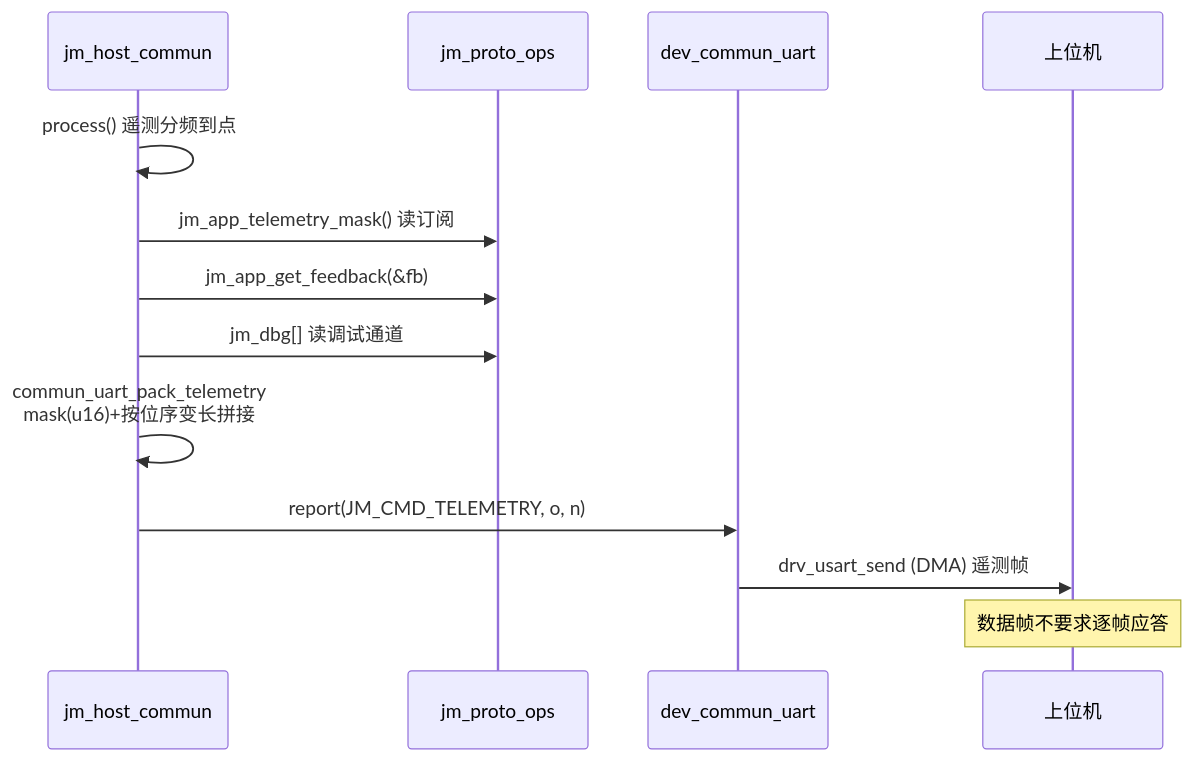
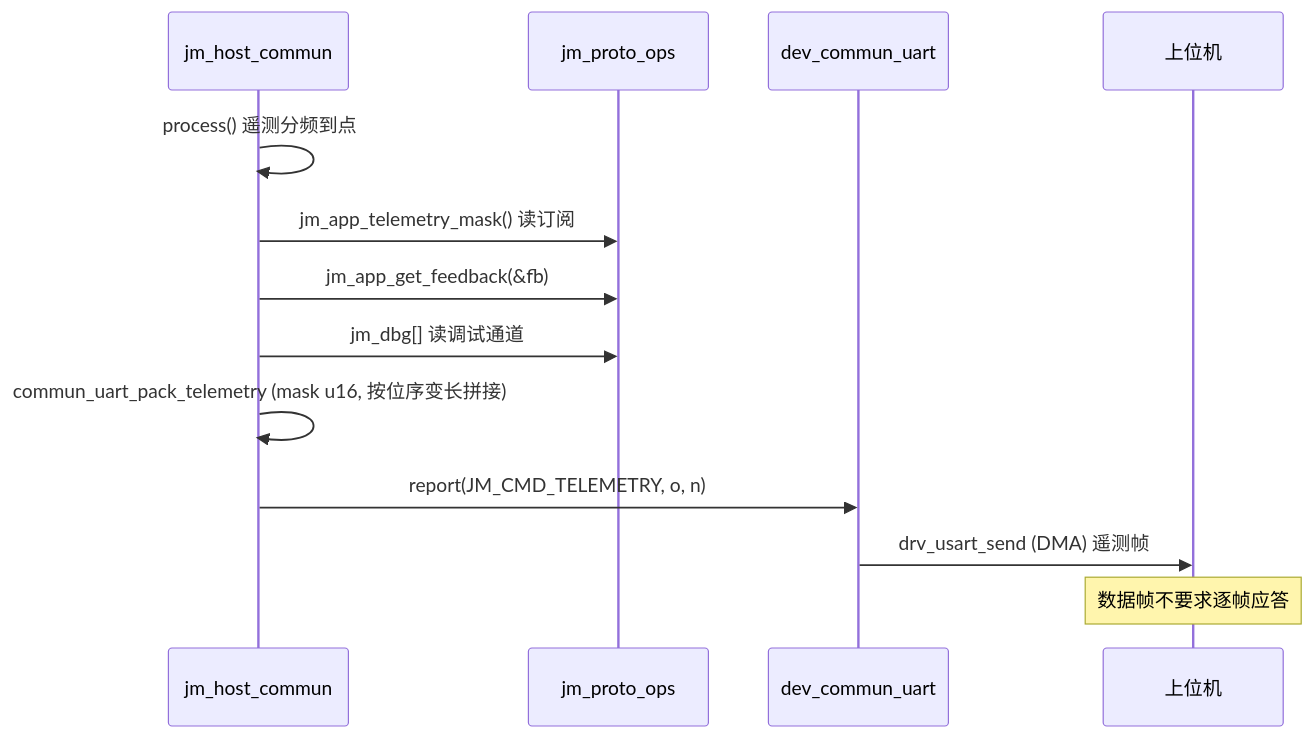
The fourth of 9 diagrams in User/Protocol/docs/joint_proto_layer_diagram.md (DalinYYYY/JM-App), drawn with Mermaid before and after one commit. The commit also changed other lines of this file and 14 other files, not shown here.

````diff
--- a/User/Protocol/docs/joint_proto_layer_diagram.md
+++ b/User/Protocol/docs/joint_proto_layer_diagram.md
@@ -269,16 +269,16 @@
 ```mermaid
 sequenceDiagram
     participant H as jm_host_commun
     participant O as jm_proto_ops
     participant D as dev_commun_uart
     participant U as 上位机
 
     H->>H: process() 遥测分频到点
     H->>O: jm_app_telemetry_mask() 读订阅
     H->>O: jm_app_get_feedback(&fb)
     H->>O: jm_dbg[] 读调试通道
-    H->>H: commun_uart_pack_telemetry<br/>mask(u16)+按位序变长拼接
+    H->>H: commun_uart_pack_telemetry (mask u16, 按位序变长拼接)
     H->>D: report(JM_CMD_TELEMETRY, o, n)
     D->>U: drv_usart_send (DMA) 遥测帧
     Note over U: 数据帧不要求逐帧应答
 ```
````
